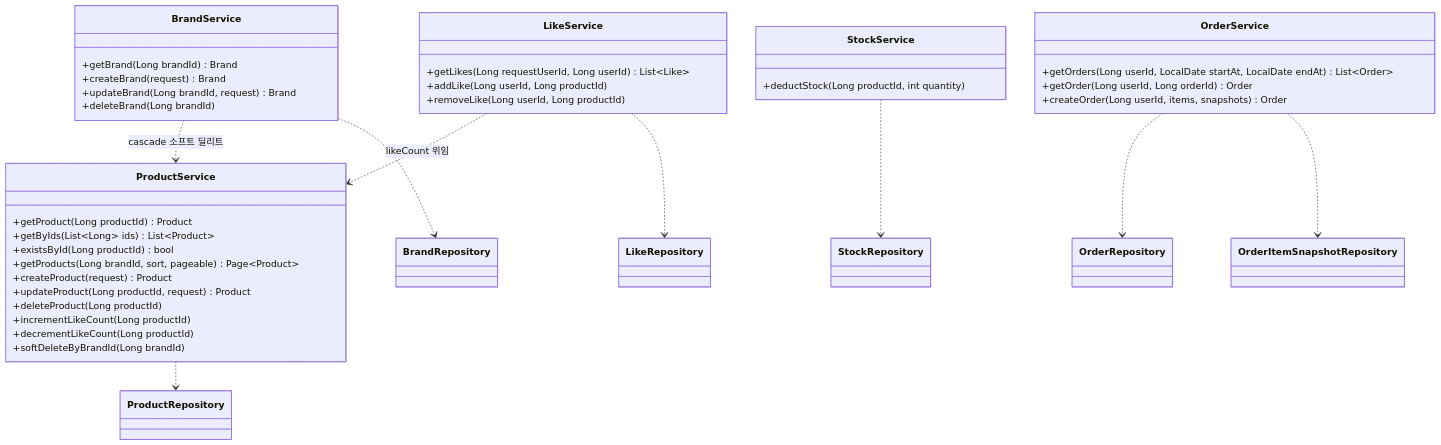
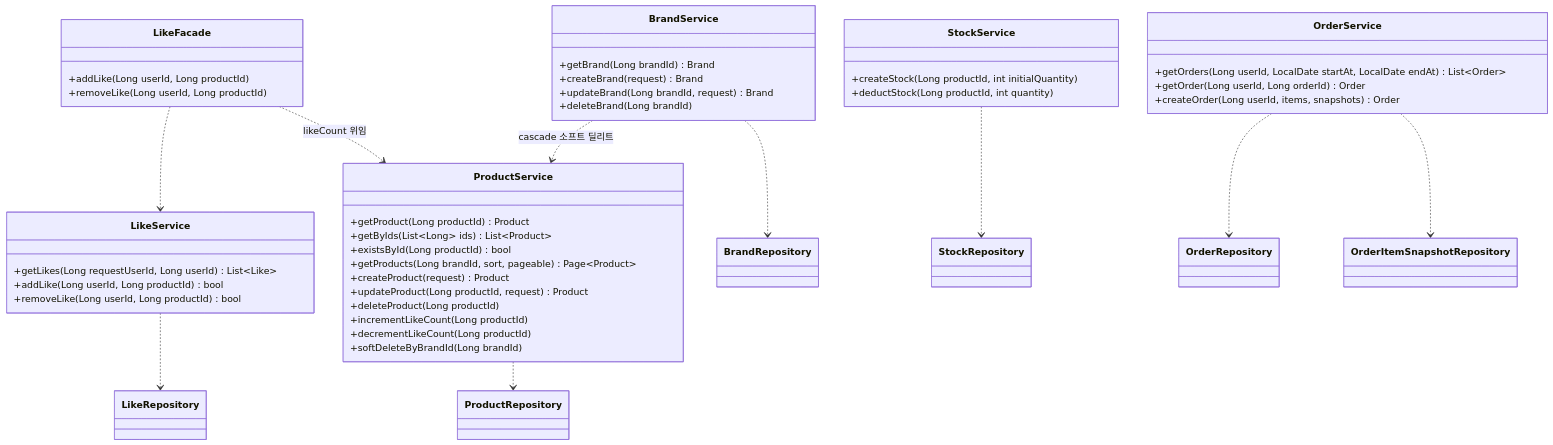
Before and after one commit to loopers-labs/loop-pack-be-l2-vol4-java: the third of 3 diagrams in docs/week2/03-class-diagram.md, drawn with Mermaid. The commit also changed other lines of this file and 1 other file, not shown here.

Commit message:
docs: 문서 일관성 수정 (LikeFacade 의존 방향, StockService createStock, UC-05 소프트딜리트 예외 추가)

````diff
--- a/docs/week2/03-class-diagram.md
+++ b/docs/week2/03-class-diagram.md
@@ -229,50 +229,59 @@
 ```mermaid
 classDiagram
     class BrandService {
         +getBrand(Long brandId) Brand
         +createBrand(request) Brand
         +updateBrand(Long brandId, request) Brand
         +deleteBrand(Long brandId)
     }
 
     class ProductService {
         +getProduct(Long productId) Product
         +getByIds(List~Long~ ids) List~Product~
         +existsById(Long productId) bool
         +getProducts(Long brandId, sort, pageable) Page~Product~
         +createProduct(request) Product
         +updateProduct(Long productId, request) Product
         +deleteProduct(Long productId)
         +incrementLikeCount(Long productId)
         +decrementLikeCount(Long productId)
         +softDeleteByBrandId(Long brandId)
     }
 
     class StockService {
+        +createStock(Long productId, int initialQuantity)
         +deductStock(Long productId, int quantity)
+    }
+
+    class LikeFacade {
+        +addLike(Long userId, Long productId)
+        +removeLike(Long userId, Long productId)
     }
 
     class LikeService {
         +getLikes(Long requestUserId, Long userId) List~Like~
-        +addLike(Long userId, Long productId)
-        +removeLike(Long userId, Long productId)
+        +addLike(Long userId, Long productId) bool
+        +removeLike(Long userId, Long productId) bool
     }
 
     class OrderService {
         +getOrders(Long userId, LocalDate startAt, LocalDate endAt) List~Order~
         +getOrder(Long userId, Long orderId) Order
         +createOrder(Long userId, items, snapshots) Order
     }
 
+    %% Facade 의존성 (application 레이어)
+    LikeFacade ..> LikeService
+    LikeFacade ..> ProductService : likeCount 위임
+
     %% 서비스 간 의존성
-    LikeService ..> ProductService : likeCount 위임
     BrandService ..> ProductService : cascade 소프트 딜리트
 
     %% Repository 의존성
     BrandService ..> BrandRepository
     ProductService ..> ProductRepository
     StockService ..> StockRepository
     LikeService ..> LikeRepository
     OrderService ..> OrderRepository
     OrderService ..> OrderItemSnapshotRepository
 ```
````
